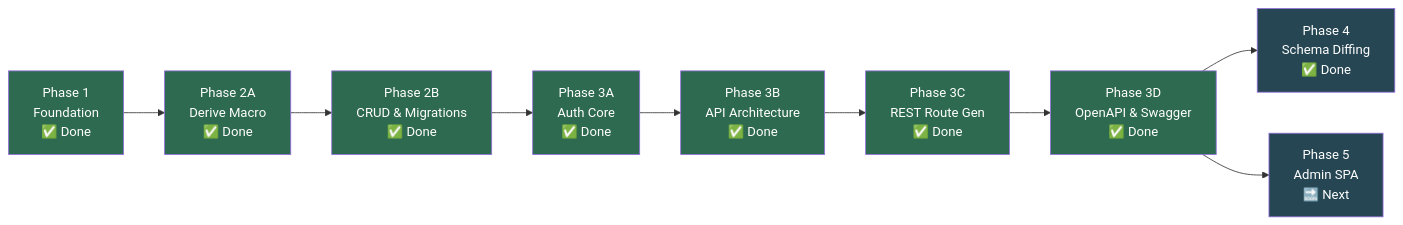
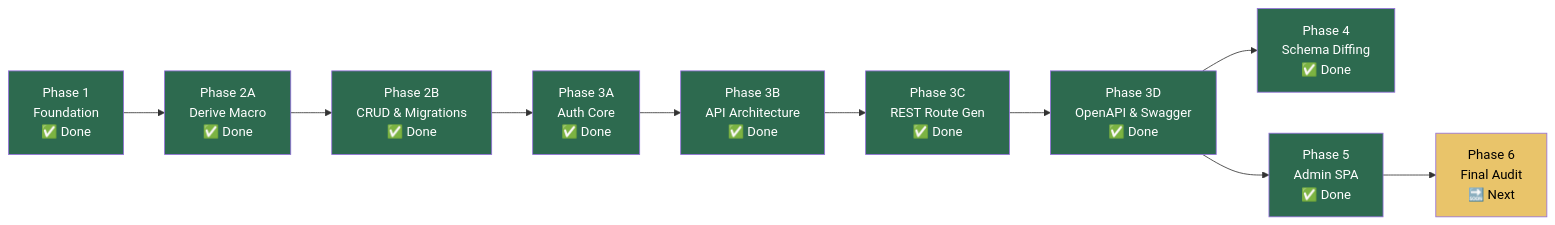
The second of 2 diagrams in roadmap.md (wends155/brom), drawn with Mermaid before and after one commit. The commit also changed other lines of this file and 7 other files, not shown here.

Commit message:
feat(admin): closeout Phase 5B - dynamic forms, navigation, and real API key management

````diff
--- a/roadmap.md
+++ b/roadmap.md
@@ -76,33 +78,34 @@
 ```mermaid
 graph LR
     P1["Phase 1<br/>Foundation<br/>✅ Done"]
     P2A["Phase 2A<br/>Derive Macro<br/>✅ Done"]
     P2B["Phase 2B<br/>CRUD & Migrations<br/>✅ Done"]
     P3A["Phase 3A<br/>Auth Core<br/>✅ Done"]
     P3B["Phase 3B<br/>API Architecture<br/>✅ Done"]
     P3C["Phase 3C<br/>REST Route Gen<br/>✅ Done"]
     P3D["Phase 3D<br/>OpenAPI & Swagger<br/>✅ Done"]
     P4["Phase 4<br/>Schema Diffing<br/>✅ Done"]
-    P5["Phase 5<br/>Admin SPA<br/>🔜 Next"]
+    P5["Phase 5<br/>Admin SPA<br/>✅ Done"]
+    P6["Phase 6<br/>Final Audit<br/>🔜 Next"]
 
     P1 --> P2A
     P2A --> P2B
     P2B --> P3A
     P3A --> P3B
     P3B --> P3C
     P3C --> P3D
     P3D --> P4
     P3D --> P5
+    P5 --> P6
 
     style P1 fill:#2d6a4f,color:#fff
     style P2A fill:#2d6a4f,color:#fff
     style P2B fill:#2d6a4f,color:#fff
-    style P4 fill:#2d6a4f,color:#fff
-    style P5 fill:#e9c46a,color:#000
     style P3A fill:#2d6a4f,color:#fff
     style P3B fill:#2d6a4f,color:#fff
     style P3C fill:#2d6a4f,color:#fff
     style P3D fill:#2d6a4f,color:#fff
-    style P4 fill:#264653,color:#fff
-    style P5 fill:#264653,color:#fff
+    style P4 fill:#2d6a4f,color:#fff
+    style P5 fill:#2d6a4f,color:#fff
+    style P6 fill:#e9c46a,color:#000
 ```
````
